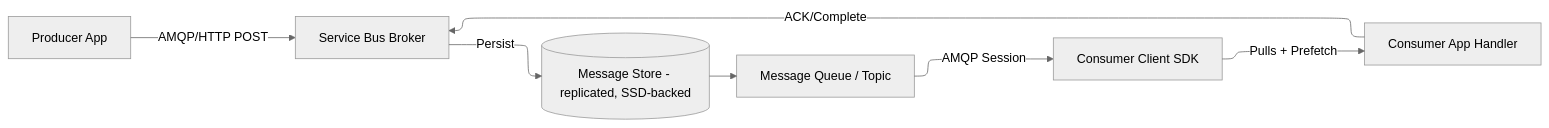
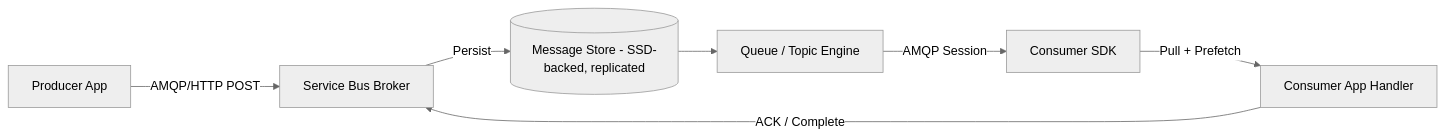
Before and after one commit to hadywafa/AzureHub: the diagram in azure/9.integration/3.1.service-bus/1.2.service-bus-internals.md, drawn with Mermaid (neutral theme). The commit also changed other lines of this file and 14 other files, not shown here.

````diff
--- a/azure/9.integration/3.1.service-bus/1.2.service-bus-internals.md
+++ b/azure/9.integration/3.1.service-bus/1.2.service-bus-internals.md
@@ -44,16 +51,9 @@
 ```mermaid
----
-config:
-  layout: elk
-  elk:
-    mergeEdges: false
-    nodePlacementStrategy: LINEAR_SEGMENTS
----
 flowchart LR
     A[Producer App] -->|AMQP/HTTP POST| B[Service Bus Broker]
-    B -->|Persist| C[(Message Store - replicated, SSD-backed)]
-    C --> D[Message Queue / Topic]
-    D -->|AMQP Session| E[Consumer Client SDK]
-    E -->|Pulls + Prefetch| F[Consumer App Handler]
-    F -->|ACK/Complete| B
+    B -->|Persist| C[(Message Store - SSD-backed, replicated)]
+    C --> D[Queue / Topic Engine]
+    D -->|AMQP Session| E[Consumer SDK]
+    E -->|Pull + Prefetch| F[Consumer App Handler]
+    F -->|ACK / Complete| B
 ```
````
